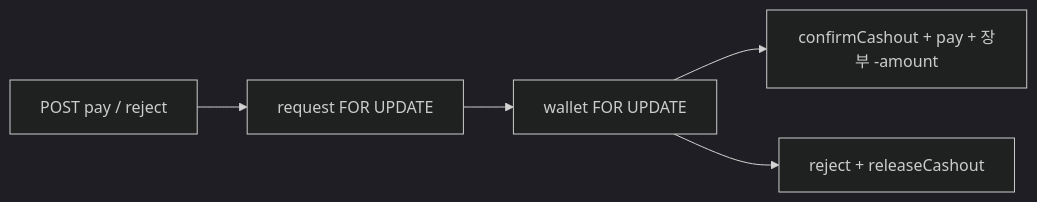
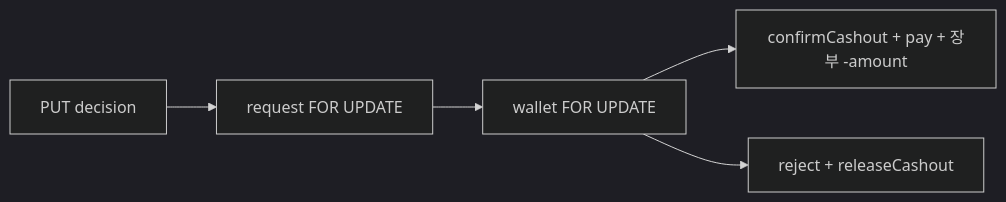
One commit to likelion-backendschool-9th/test-moa changed the diagram in docs/backend/payment/admin-cashout.md. Above: the diagram before and after it, drawn with Mermaid (dark theme). The commit also changed other lines of this file and 7 other files, not shown here.

````diff
--- a/docs/backend/payment/admin-cashout.md
+++ b/docs/backend/payment/admin-cashout.md
@@ -81,7 +81,7 @@
 ```mermaid
 flowchart LR
-  POST[POST pay / reject] --> Req[request FOR UPDATE]
+  PUT[PUT decision] --> Req[request FOR UPDATE]
   Req --> Wal[wallet FOR UPDATE]
   Wal --> Pay[confirmCashout + pay + 장부 -amount]
   Wal --> Rej[reject + releaseCashout]
 ```
````
